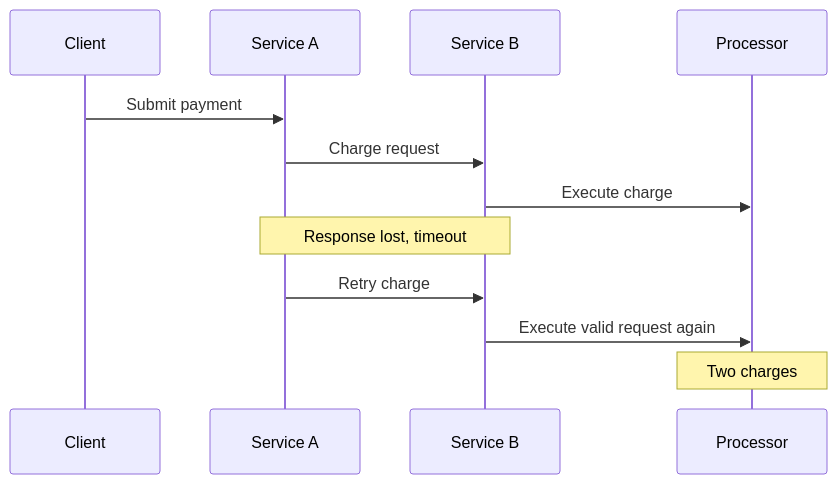
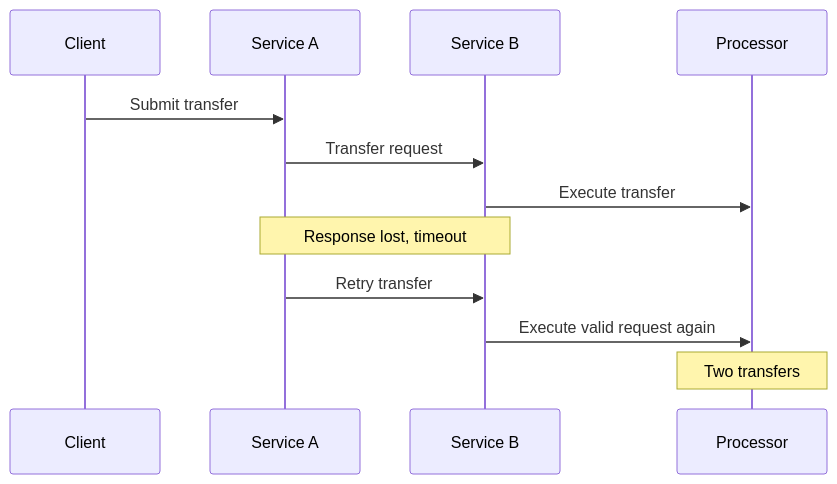
One commit to Laticent/lattice changed the seventh of 13 diagrams in examples/semantic-testing-deep-dive.md. Above: the diagram before and after it, drawn with Mermaid. The commit also changed other lines of this file and 1 other file, not shown here.

````diff
--- a/examples/semantic-testing-deep-dive.md
+++ b/examples/semantic-testing-deep-dive.md
@@ -526,14 +522,14 @@
 ```mermaid
 sequenceDiagram
   participant C as Client
   participant A as Service A
   participant B as Service B
   participant P as Processor
-  C->>A: Submit payment
-  A->>B: Charge request
-  B->>P: Execute charge
+  C->>A: Submit transfer
+  A->>B: Transfer request
+  B->>P: Execute transfer
   Note over A,B: Response lost, timeout
-  A->>B: Retry charge
+  A->>B: Retry transfer
   B->>P: Execute valid request again
-  Note over P: Two charges
+  Note over P: Two transfers
 ```
````
